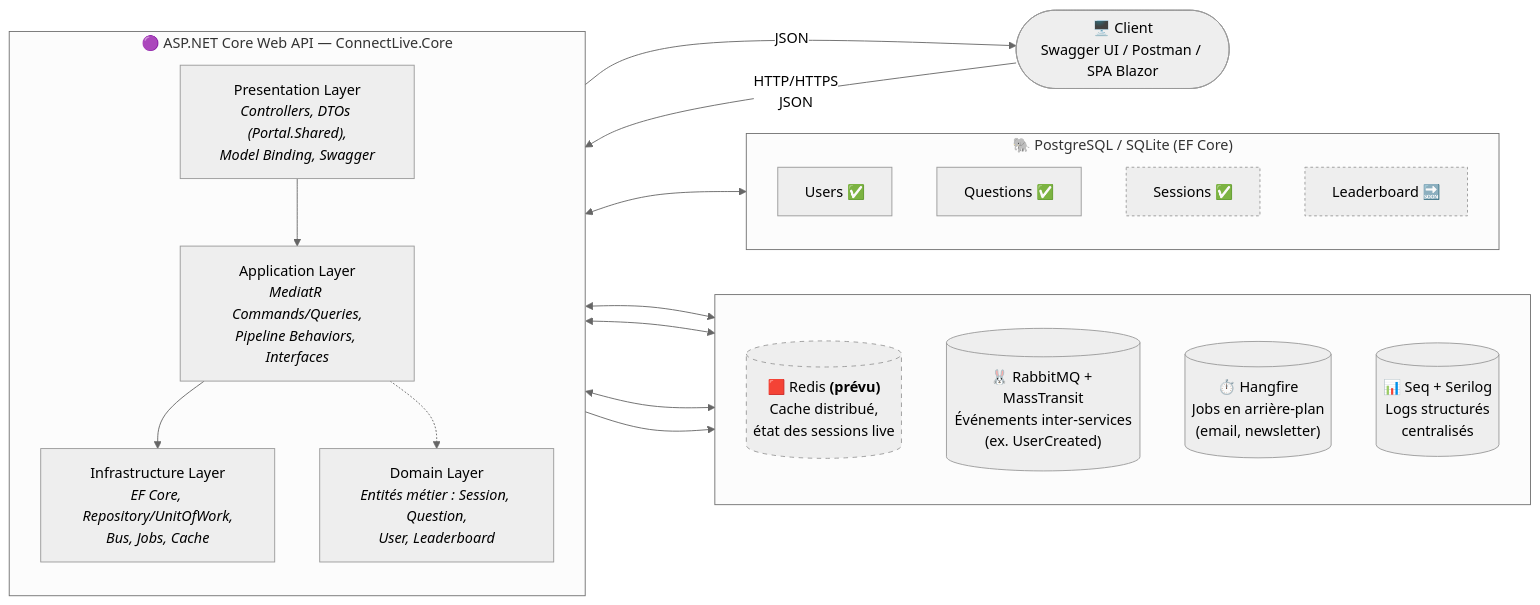
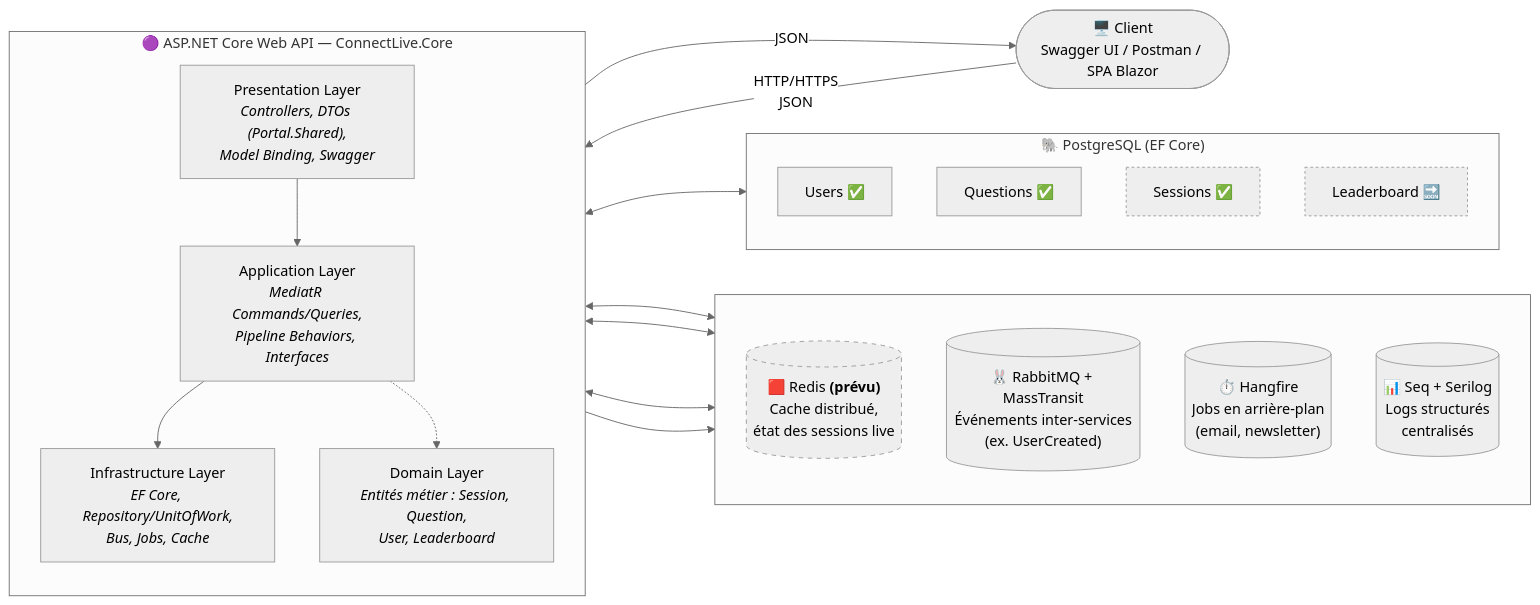
Before and after one commit to tddiallo/connectlive: the diagram in ARCHITECTURE.md, drawn with Mermaid (neutral theme). The commit also changed other lines of this file and 20 other files, not shown here.

````diff
--- a/ARCHITECTURE.md
+++ b/ARCHITECTURE.md
@@ -8,42 +8,42 @@
 ```mermaid
 flowchart LR
     Client(["🖥️ Client<br/>Swagger UI / Postman / SPA Blazor"])
 
     subgraph API["🟣 ASP.NET Core Web API — ConnectLive.Core"]
         direction TB
         Presentation["Presentation Layer<br/><i>Controllers, DTOs (Portal.Shared),<br/>Model Binding, Swagger</i>"]
         Application["Application Layer<br/><i>MediatR Commands/Queries,<br/>Pipeline Behaviors, Interfaces</i>"]
         Domain["Domain Layer<br/><i>Entités métier : Session, Question,<br/>User, Leaderboard</i>"]
         Infrastructure["Infrastructure Layer<br/><i>EF Core, Repository/UnitOfWork,<br/>Bus, Jobs, Cache</i>"]
         Presentation --> Application --> Infrastructure
         Application -.-> Domain
     end
 
     subgraph MW[" "]
         direction TB
         Redis[("🟥 Redis <b>(prévu)</b><br/>Cache distribué,<br/>état des sessions live")]
         RabbitMQ[("🐰 RabbitMQ + MassTransit<br/>Événements inter-services<br/>(ex. UserCreated)")]
         Hangfire[("⏱️ Hangfire<br/>Jobs en arrière-plan<br/>(email, newsletter)")]
         Seq[("📊 Seq + Serilog<br/>Logs structurés<br/>centralisés")]
     end
 
-    subgraph DB["🐘 PostgreSQL / SQLite (EF Core)"]
+    subgraph DB["🐘 PostgreSQL (EF Core)"]
         direction TB
         T1["Users ✅"]
         T2["Questions ✅"]
         T3["Sessions ✅"]
         T4["Leaderboard 🔜"]
     end
 
     Client -- "HTTP/HTTPS<br/>JSON" --> Presentation
     Presentation -- "JSON" --> Client
     Infrastructure <--> Redis
     Infrastructure <--> RabbitMQ
     Infrastructure <--> Hangfire
     Infrastructure --> Seq
     Infrastructure <--> DB
 
     style Redis stroke-dasharray: 5 5
     style T3 stroke-dasharray: 3 3
     style T4 stroke-dasharray: 3 3
 ```
````
